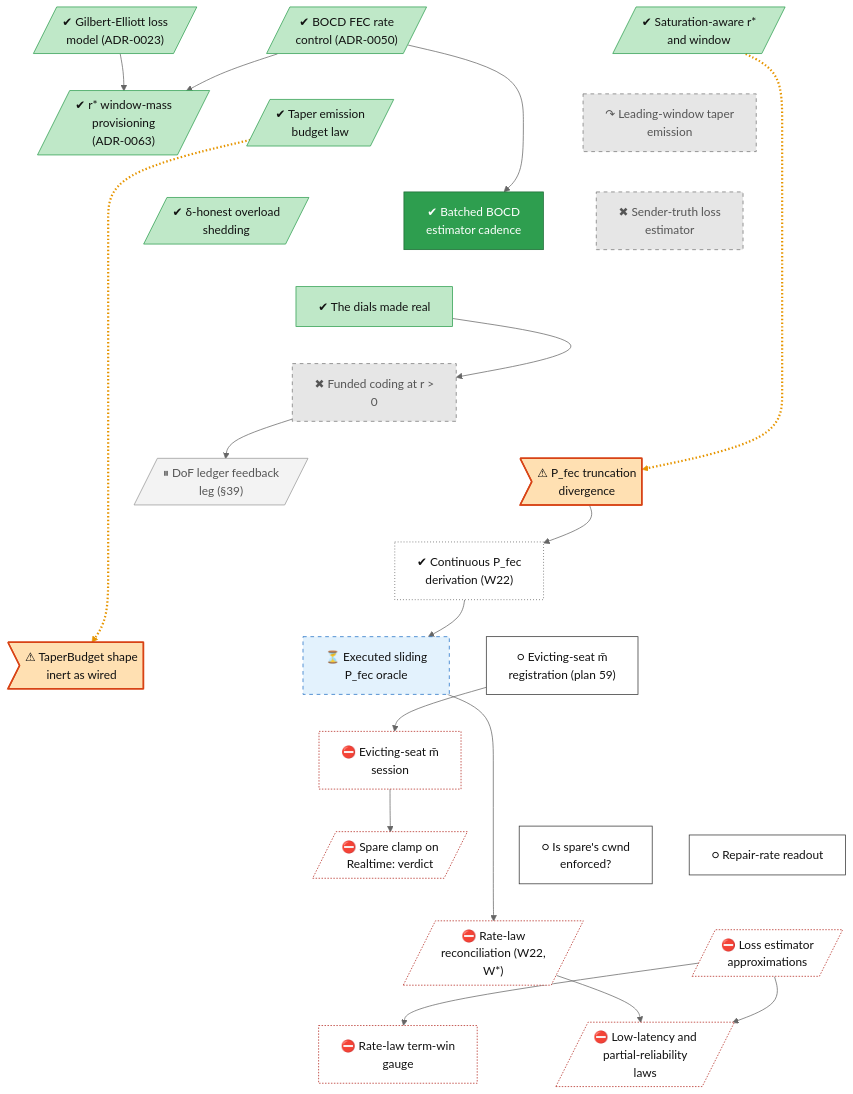
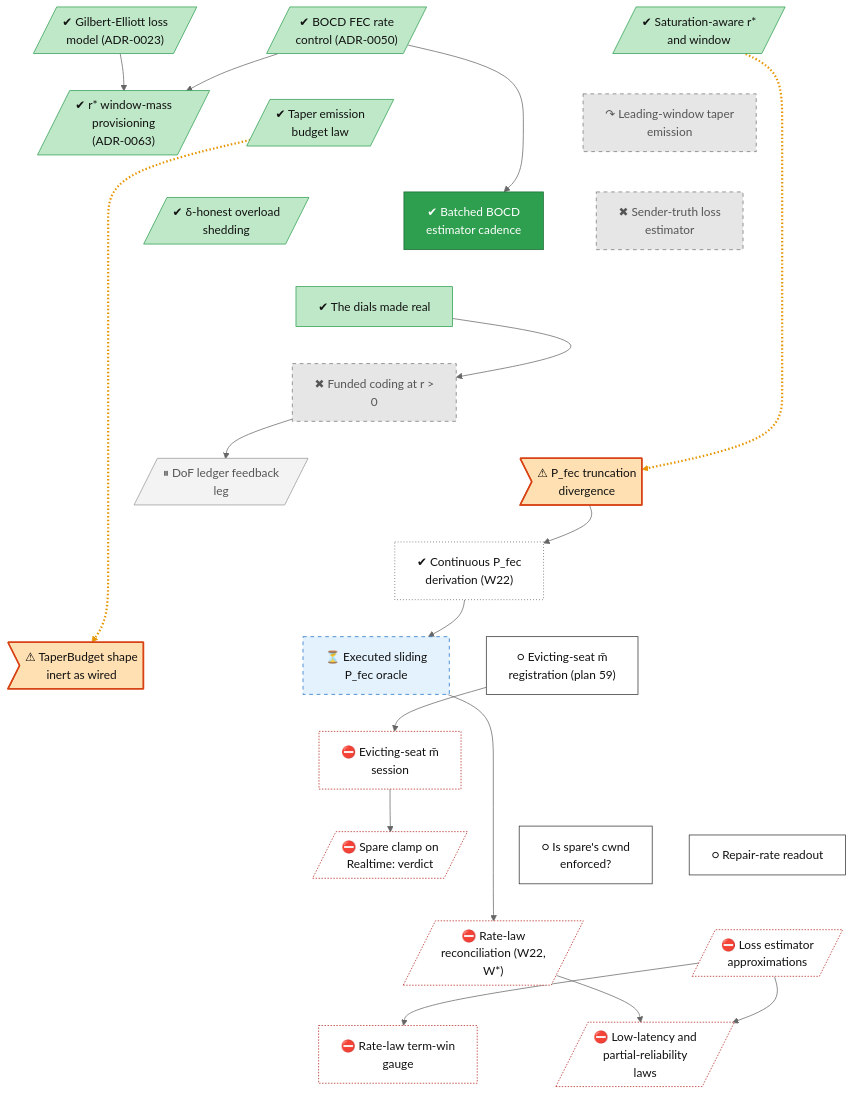
Before and after one commit to lhns/raptorpath: the diagram in docs/roadmap/tracks/rate.md, drawn with Mermaid (neutral theme). The commit also changed other lines of this file and 12 other files, not shown here.

First line of the commit message:
roadmap: plain titles - no section numbers or internal codenames (block E, F2, s62, 61a) in titles or plain sentences

```diff
--- a/docs/roadmap/tracks/rate.md
+++ b/docs/roadmap/tracks/rate.md
@@ -20,7 +20,7 @@
     rate_sender_truth_loss["✖ Sender-truth loss<br/>estimator"]
     rate_dials_made_real["✔ The dials made real"]
     rate_r_battery["✖ Funded coding at r #gt;<br/>0"]
-    rate_dof_ledger[/"⏸ DoF ledger feedback<br/>leg (#167;39)"/]
+    rate_dof_ledger[/"⏸ DoF ledger feedback<br/>leg"/]
     rate_defect_pfec>"⚠ P_fec truncation<br/>divergence"]
     rate_pfec_continuous["✔ Continuous P_fec<br/>derivation (W22)"]
     rate_pfec_oracle["⏳ Executed sliding<br/>P_fec oracle"]
```
